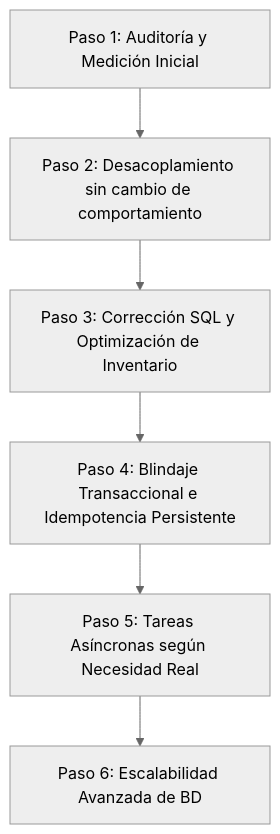
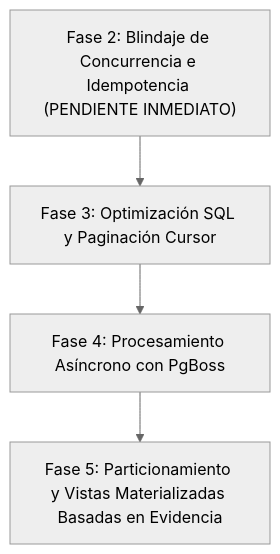
The diagram in ARQUITECTURA_ESCALABILIDAD.md (babyraul/BACK-ERP-2027), drawn with Mermaid (neutral theme) before and after one commit. The commit also changed other lines of this file and 27 other files, not shown here.

````diff
--- a/ARQUITECTURA_ESCALABILIDAD.md
+++ b/ARQUITECTURA_ESCALABILIDAD.md
@@ -205,8 +9,6 @@
 ```mermaid
 flowchart TD
-    A["Paso 1: Auditoría y Medición Inicial"] --> B["Paso 2: Desacoplamiento sin cambio de comportamiento"]
-    B --> C["Paso 3: Corrección SQL y Optimización de Inventario"]
-    C --> D["Paso 4: Blindaje Transaccional e Idempotencia Persistente"]
-    D --> E["Paso 5: Tareas Asíncronas según Necesidad Real"]
-    E --> F["Paso 6: Escalabilidad Avanzada de BD"]
+    B["Fase 2: Blindaje de Concurrencia e Idempotencia (PENDIENTE INMEDIATO)"] --> C["Fase 3: Optimización SQL y Paginación Cursor"]
+    C --> D["Fase 4: Procesamiento Asíncrono con PgBoss"]
+    D --> E["Fase 5: Particionamiento y Vistas Materializadas Basadas en Evidencia"]
 ```
````
